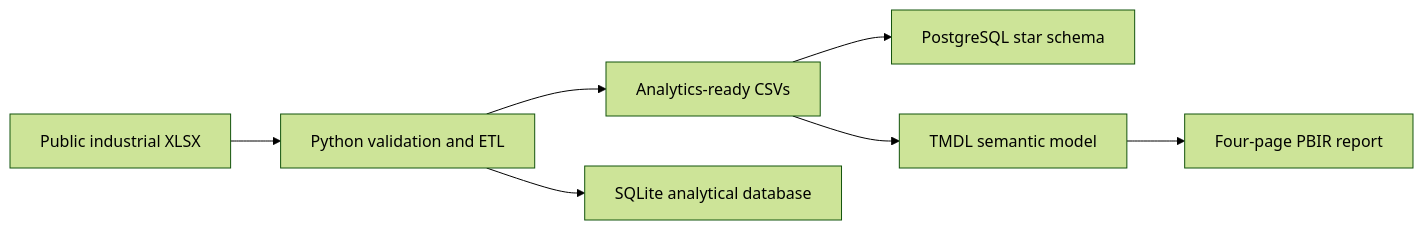
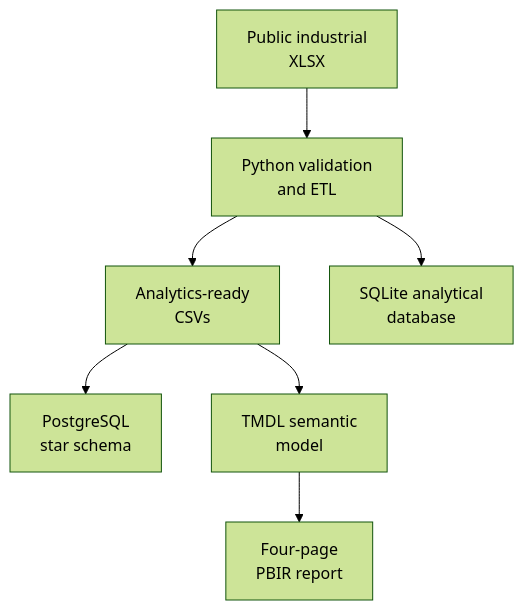
The first of 2 diagrams in README.md (agbajames/manufacturing-operations-analytics), drawn with Mermaid (forest theme) before and after one commit. The commit also changed other lines of this file, not shown here.

First line of the commit message:
Refactor architecture and data model diagrams

````diff
--- a/README.md
+++ b/README.md
@@ -53,9 +53,9 @@
 ```mermaid
-flowchart LR
-    A["Public industrial XLSX"] --> B["Python validation and ETL"]
-    B --> C["Analytics-ready CSVs"]
-    B --> D["SQLite analytical database"]
-    C --> E["PostgreSQL star schema"]
-    C --> F["TMDL semantic model"]
-    F --> G["Four-page PBIR report"]
+flowchart TD
+    A["Public industrial<br/>XLSX"] --> B["Python validation<br/>and ETL"]
+    B --> C["Analytics-ready<br/>CSVs"]
+    B --> D["SQLite analytical<br/>database"]
+    C --> E["PostgreSQL<br/>star schema"]
+    C --> F["TMDL semantic<br/>model"]
+    F --> G["Four-page<br/>PBIR report"]
 ```
````
